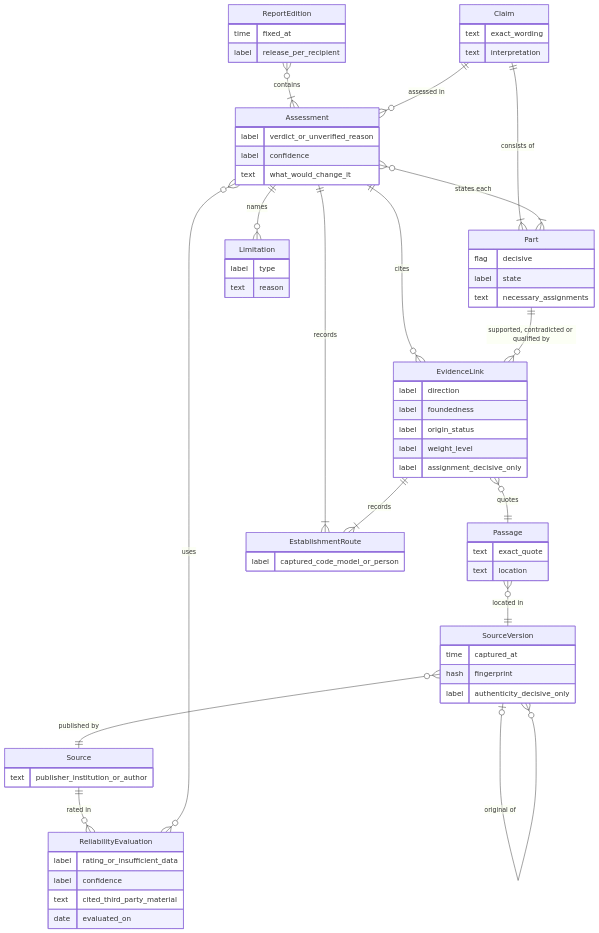
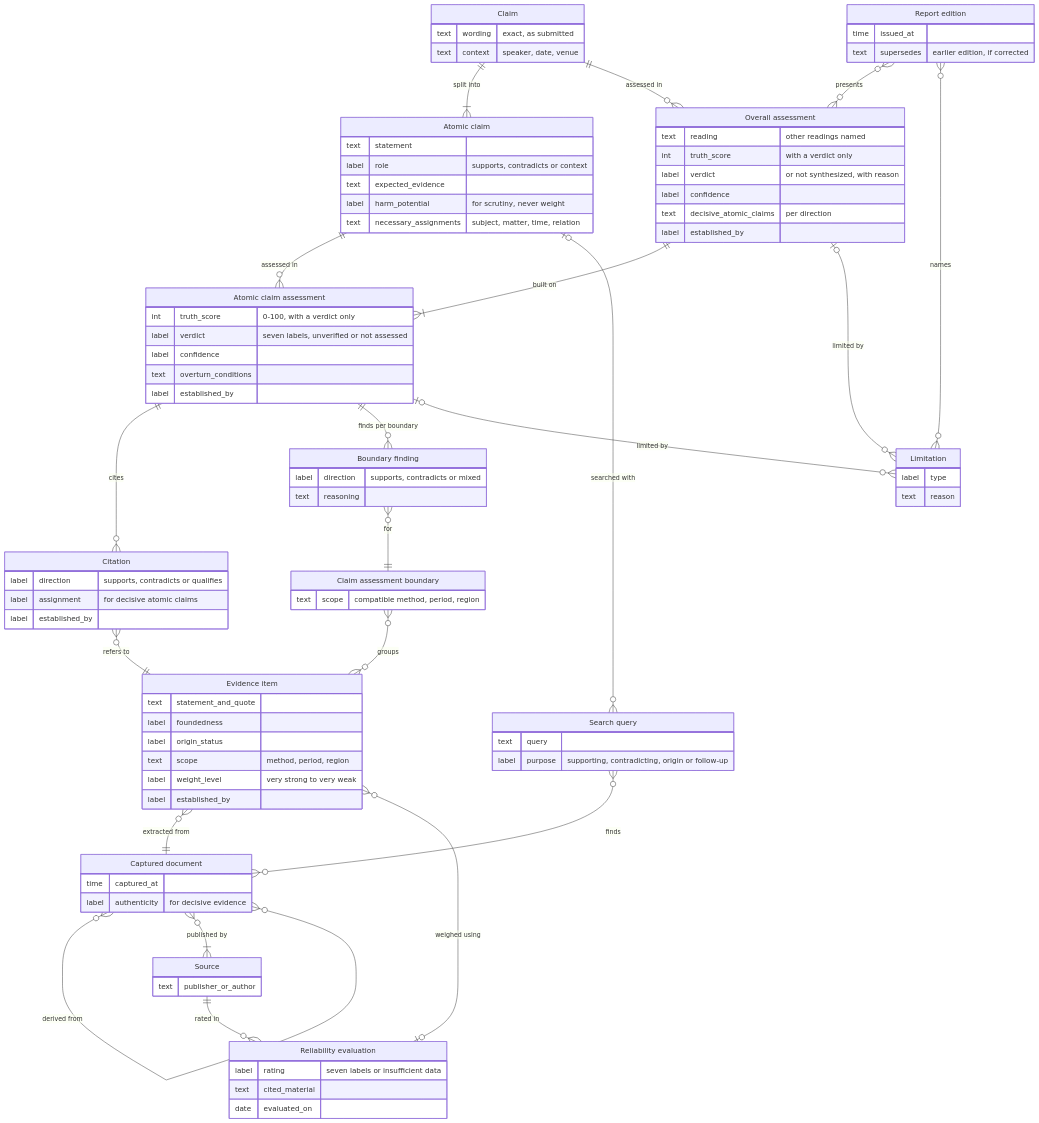
The diagram in docs/Requirements.md (robertschaub/FactHarborDSS), drawn with Mermaid before and after one commit. The commit also changed other lines of this file and 13 other files, not shown here.

First line of the commit message:
docs: align the public pages with the Alpha's atomic-claim model

````diff
--- a/docs/Requirements.md
+++ b/docs/Requirements.md
@@ -9,65 +11,90 @@
 ```mermaid
 erDiagram
-  ReportEdition }o--|{ Assessment : contains
-  Claim ||--o{ Assessment : "assessed in"
-  Claim ||--|{ Part : "consists of"
-  Assessment }o--|{ Part : "states each"
-  Assessment ||--o{ EvidenceLink : cites
-  Part ||--o{ EvidenceLink : "supported, contradicted or qualified by"
-  EvidenceLink }o--|| Passage : quotes
-  Passage }o--|| SourceVersion : "located in"
-  SourceVersion }o--|| Source : "published by"
-  SourceVersion |o--o{ SourceVersion : "original of"
+  Claim ||--|{ AtomicClaim : "split into"
+  Claim ||--o{ OverallAssessment : "assessed in"
+  OverallAssessment ||--|{ AtomicClaimAssessment : "built on"
+  AtomicClaim ||--o{ AtomicClaimAssessment : "assessed in"
+  AtomicClaim |o--o{ SearchQuery : "searched with"
+  SearchQuery }o--o{ Document : finds
+  AtomicClaimAssessment ||--o{ Citation : cites
+  Citation }o--|| EvidenceItem : "refers to"
+  AtomicClaimAssessment ||--o{ BoundaryFinding : "finds per boundary"
+  BoundaryFinding }o--|| ClaimAssessmentBoundary : for
+  ClaimAssessmentBoundary }o--o{ EvidenceItem : groups
+  EvidenceItem }o--|| Document : "extracted from"
+  Document }o--o{ Document : "derived from"
+  Document }o--|{ Source : "published by"
   Source ||--o{ ReliabilityEvaluation : "rated in"
-  Assessment }o--o{ ReliabilityEvaluation : uses
-  Assessment ||--o{ Limitation : names
-  Assessment ||--|{ EstablishmentRoute : records
-  EvidenceLink ||--|{ EstablishmentRoute : records
-  ReportEdition {
-    time fixed_at
-    label release_per_recipient
+  EvidenceItem }o--o| ReliabilityEvaluation : "weighed using"
+  ReportEdition }o--o{ OverallAssessment : presents
+  ReportEdition }o--o{ Limitation : names
+  AtomicClaimAssessment |o--o{ Limitation : "limited by"
+  OverallAssessment |o--o{ Limitation : "limited by"
+  Claim {
+    text wording "exact, as submitted"
+    text context "speaker, date, venue"
   }
-  Claim {
-    text exact_wording
-    text interpretation
+  AtomicClaim["Atomic claim"] {
+    text statement
+    label role "supports, contradicts or context"
+    text expected_evidence
+    label harm_potential "for scrutiny, never weight"
+    text necessary_assignments "subject, matter, time, relation"
   }
-  Part {
-    flag decisive
-    label state
-    text necessary_assignments
+  AtomicClaimAssessment["Atomic claim assessment"] {
+    int truth_score "0-100, with a verdict only"
+    label verdict "seven labels, unverified or not assessed"
+    label confidence
+    text overturn_conditions
+    label established_by
   }
-  Assessment {
-    label verdict_or_unverified_reason
+  OverallAssessment["Overall assessment"] {
+    text reading "other readings named"
+    int truth_score "with a verdict only"
+    label verdict "or not synthesized, with reason"
     label confidence
-    text what_would_change_it
+    text decisive_atomic_claims "per direction"
+    label established_by
   }
-  EvidenceLink {
-    label direction
+  SearchQuery["Search query"] {
+    text query
+    label purpose "supporting, contradicting, origin or follow-up"
+  }
+  Citation {
+    label direction "supports, contradicts or qualifies"
+    label assignment "for decisive atomic claims"
+    label established_by
+  }
+  BoundaryFinding["Boundary finding"] {
+    label direction "supports, contradicts or mixed"
+    text reasoning
+  }
+  ClaimAssessmentBoundary["Claim assessment boundary"] {
+    text scope "compatible method, period, region"
+  }
+  EvidenceItem["Evidence item"] {
+    text statement_and_quote
     label foundedness
     label origin_status
-    label weight_level
-    label assignment_decisive_only
+    text scope "method, period, region"
+    label weight_level "very strong to very weak"
+    label established_by
   }
-  Passage {
-    text exact_quote
-    text location
-  }
-  SourceVersion {
+  Document["Captured document"] {
     time captured_at
-    hash fingerprint
-    label authenticity_decisive_only
+    label authenticity "for decisive evidence"
   }
   Source {
-    text publisher_institution_or_author
+    text publisher_or_author
   }
-  ReliabilityEvaluation {
-    label rating_or_insufficient_data
-    label confidence
-    text cited_third_party_material
+  ReliabilityEvaluation["Reliability evaluation"] {
+    label rating "seven labels or insufficient data"
+    text cited_material
     date evaluated_on
   }
-  EstablishmentRoute {
-    label captured_code_model_or_person
+  ReportEdition["Report edition"] {
+    time issued_at
+    text supersedes "earlier edition, if corrected"
   }
   Limitation {
     label type
````
